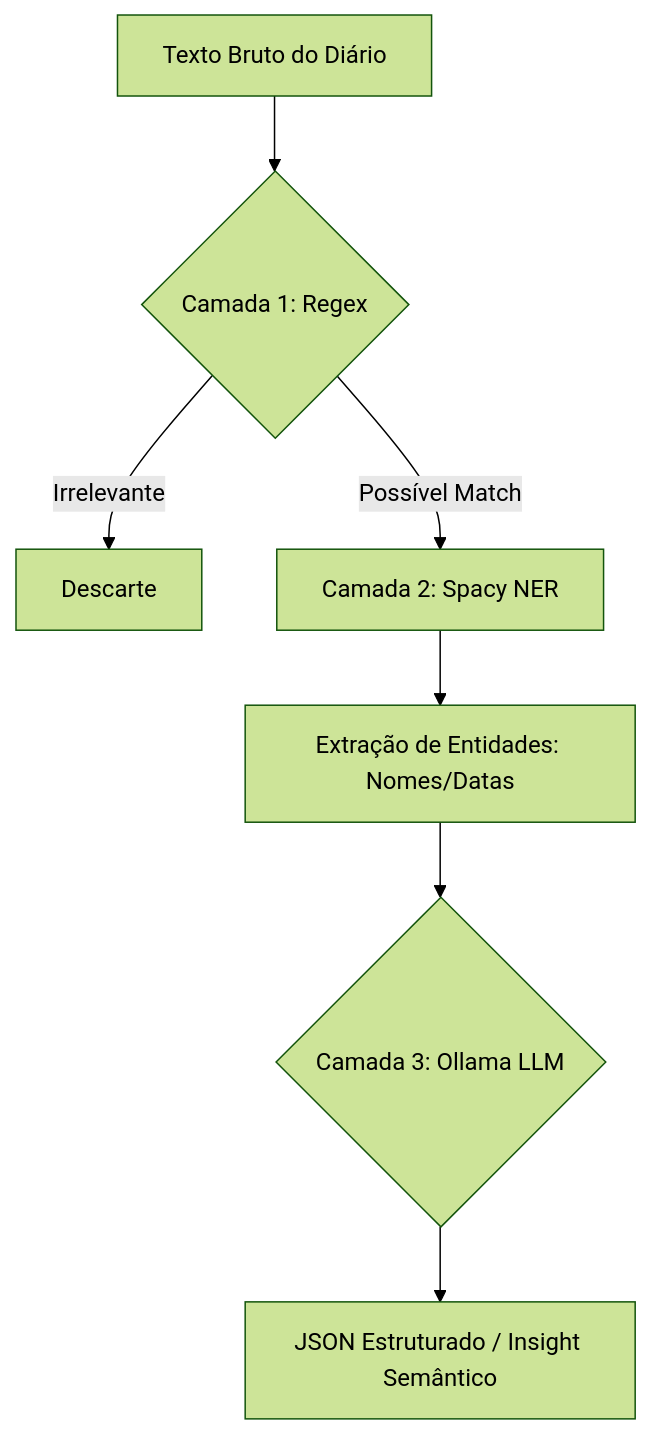
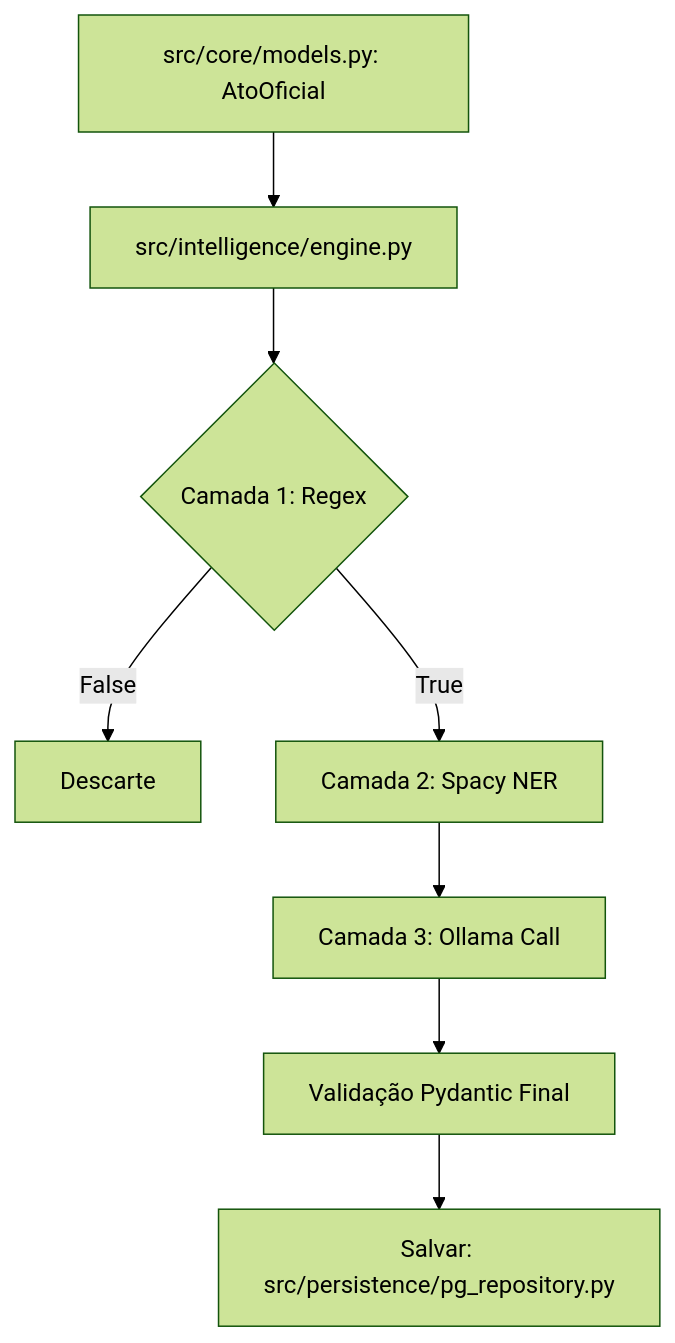
One commit to manoel-roberto/lab_scrapy changed the diagram in docs/02-inteligencia-artificial-local.md. Above: the diagram before and after it, drawn with Mermaid (forest theme). The commit also changed other lines of this file and 4 other files, not shown here.

````diff
--- a/docs/02-inteligencia-artificial-local.md
+++ b/docs/02-inteligencia-artificial-local.md
@@ -50,9 +56,10 @@
 ```mermaid
 graph TD
-    A[Texto Bruto do Diário] --> B{Camada 1: Regex}
-    B -- Irrelevante --> C[Descarte]
-    B -- Possível Match --> D[Camada 2: Spacy NER]
-    D --> E[Extração de Entidades: Nomes/Datas]
-    E --> F{Camada 3: Ollama LLM}
-    F --> G[JSON Estruturado / Insight Semântico]
+    A[src/core/models.py: AtoOficial] --> B[src/intelligence/engine.py]
+    B --> C{Camada 1: Regex}
+    C -- False --> D[Descarte]
+    C -- True --> E[Camada 2: Spacy NER]
+    E --> F[Camada 3: Ollama Call]
+    F --> G[Validação Pydantic Final]
+    G --> H[Salvar: src/persistence/pg_repository.py]
 ```
````
